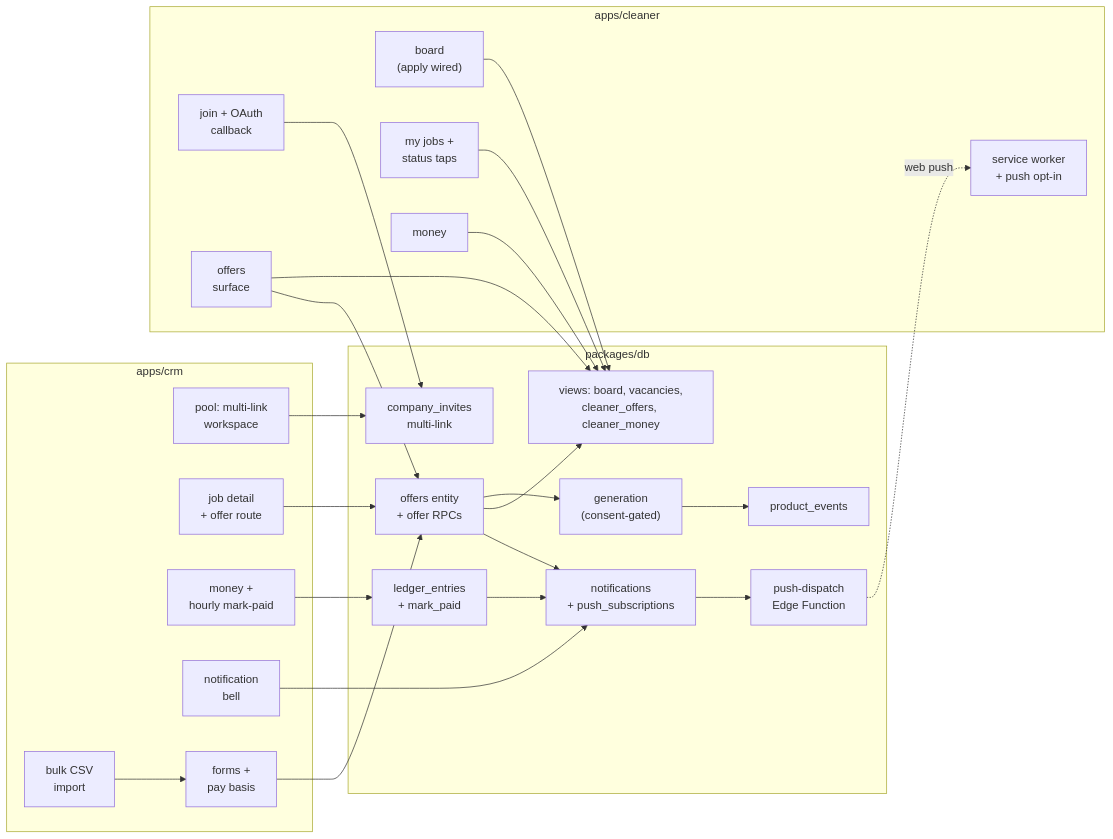
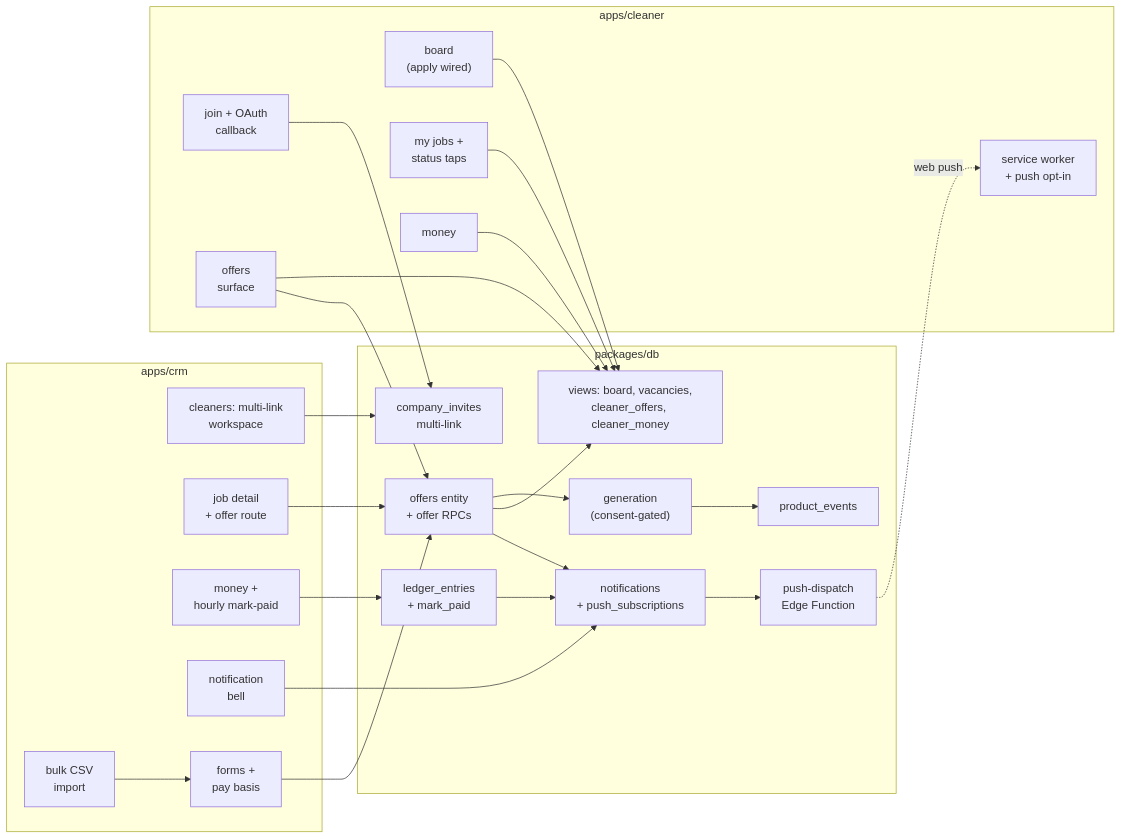
The diagram in docs/design/phase-a-adoption/lld.md (lspinheiro/clean_app_crm), drawn with Mermaid before and after one commit. The commit also changed other lines of this file and 72 other files, not shown here.

First line of the commit message:
refactor: rename "pool" terminology to "cleaners" across apps and docs

````diff
--- a/docs/design/phase-a-adoption/lld.md
+++ b/docs/design/phase-a-adoption/lld.md
@@ -27,44 +27,44 @@
 ```mermaid
 flowchart LR
     subgraph crm["apps/crm"]
-        POOL["pool: multi-link<br/>workspace"]
+        CLEANERS["cleaners: multi-link<br/>workspace"]
         JOBD["job detail<br/>+ offer route"]
         MONEY["money +<br/>hourly mark-paid"]
         BELL["notification<br/>bell"]
         IMP["bulk CSV<br/>import"]
         FORMS["forms +<br/>pay basis"]
     end
     subgraph db["packages/db"]
         OFR["offers entity<br/>+ offer RPCs"]
         INV["company_invites<br/>multi-link"]
         LED["ledger_entries<br/>+ mark_paid"]
         GEN["generation<br/>(consent-gated)"]
         VIEWS["views: board, vacancies,<br/>cleaner_offers, cleaner_money"]
         NOTIF["notifications<br/>+ push_subscriptions"]
         EDGE["push-dispatch<br/>Edge Function"]
         EVT["product_events"]
     end
     subgraph cleaner["apps/cleaner"]
         JOIN["join + OAuth<br/>callback"]
         BOARD["board<br/>(apply wired)"]
         OFFS["offers<br/>surface"]
         MYJOBS["my jobs +<br/>status taps"]
         CMONEY["money"]
         SW["service worker<br/>+ push opt-in"]
     end
     JOBD & FORMS --> OFR
-    POOL --> INV
+    CLEANERS --> INV
     JOIN --> INV
     MONEY --> LED
     CMONEY --> VIEWS
     IMP --> FORMS
     OFR --> GEN
     OFR --> VIEWS
     BOARD & OFFS & MYJOBS --> VIEWS
     OFFS --> OFR
     BELL --> NOTIF
     OFR & LED --> NOTIF
     NOTIF --> EDGE
     EDGE -.->|web push| SW
     GEN --> EVT
 ```
````
